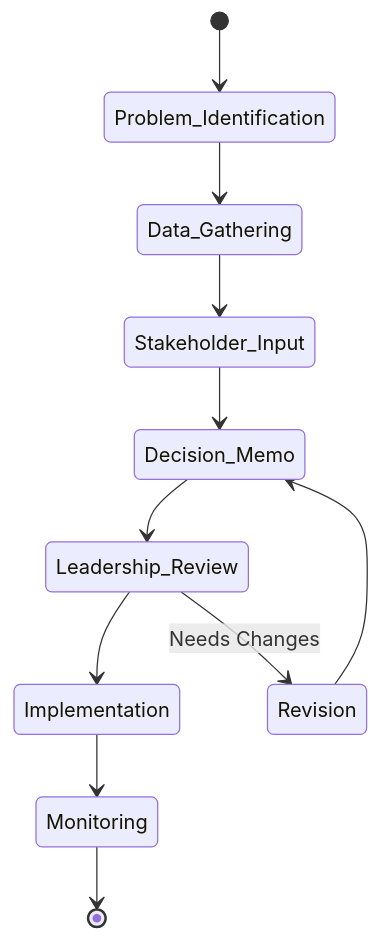
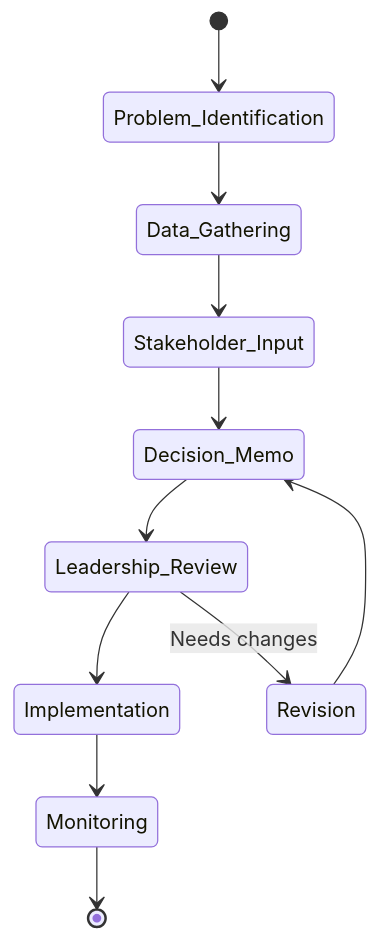
One commit to emcdo411/tech-fractional-cxo-program changed the fourth of 7 diagrams in CXO-TOOLKIT.md. Above: the diagram before and after it, drawn with Mermaid. The commit also changed other lines of this file, not shown here.

````diff
--- a/CXO-TOOLKIT.md
+++ b/CXO-TOOLKIT.md
@@ -67,13 +192,13 @@
 ```mermaid
 stateDiagram-v2
   [*] --> Problem_Identification
   Problem_Identification --> Data_Gathering
   Data_Gathering --> Stakeholder_Input
   Stakeholder_Input --> Decision_Memo
   Decision_Memo --> Leadership_Review
   Leadership_Review --> Implementation
-  Leadership_Review --> Revision : Needs Changes
+  Leadership_Review --> Revision : Needs changes
   Revision --> Decision_Memo
   Implementation --> Monitoring
   Monitoring --> [*]
 ```
````
